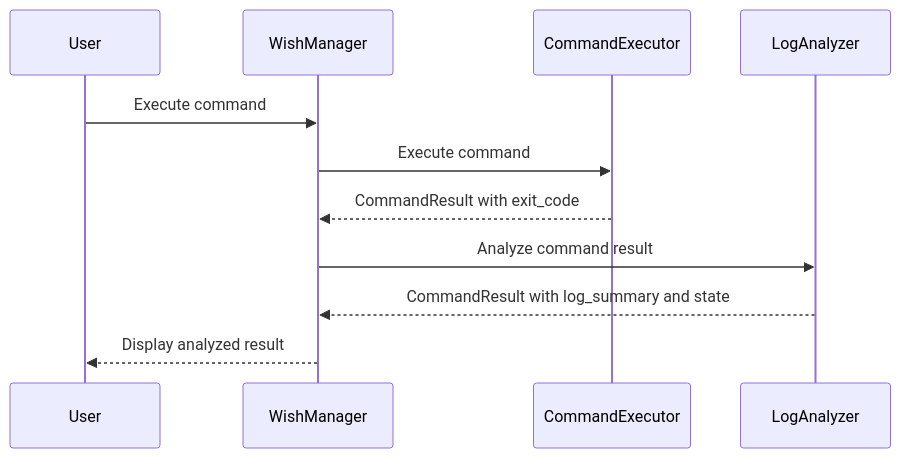
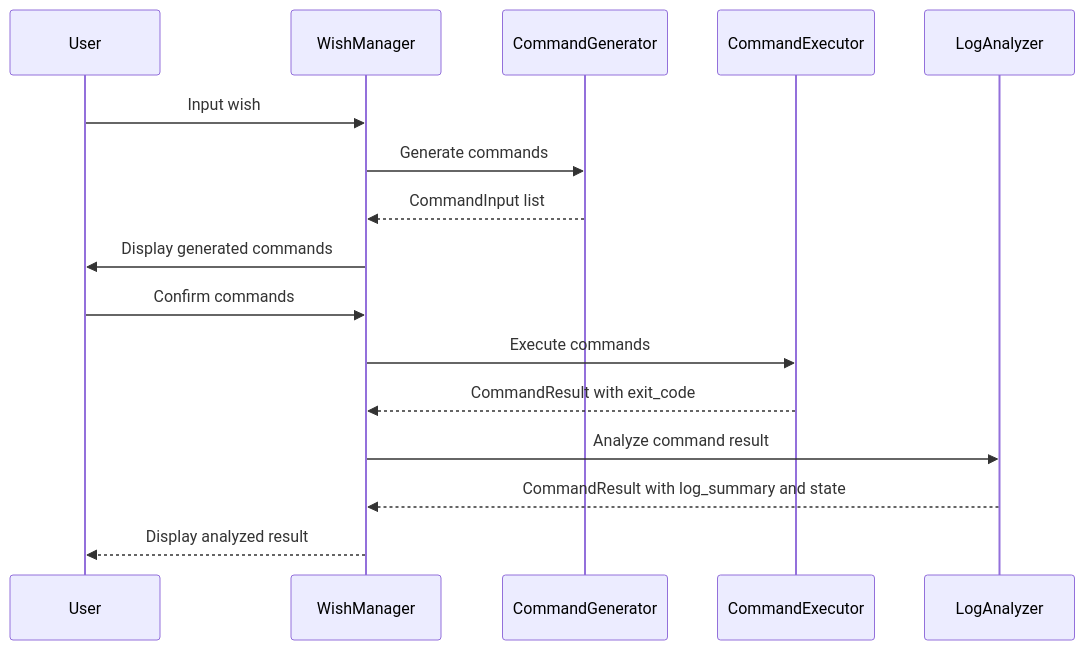
The second of 2 diagrams in docs/design.md (SecDev-Lab/wish), drawn with Mermaid before and after one commit. The commit also changed other lines of this file and 12 other files, not shown here.

````diff
--- a/docs/design.md
+++ b/docs/design.md
@@ -99,14 +135,19 @@
 ```mermaid
 sequenceDiagram
     participant User
     participant WishManager
+    participant CommandGenerator
     participant CommandExecutor
     participant LogAnalyzer
     
-    User->>WishManager: Execute command
-    WishManager->>CommandExecutor: Execute command
+    User->>WishManager: Input wish
+    WishManager->>CommandGenerator: Generate commands
+    CommandGenerator-->>WishManager: CommandInput list
+    WishManager->>User: Display generated commands
+    User->>WishManager: Confirm commands
+    WishManager->>CommandExecutor: Execute commands
     CommandExecutor-->>WishManager: CommandResult with exit_code
     WishManager->>LogAnalyzer: Analyze command result
     LogAnalyzer-->>WishManager: CommandResult with log_summary and state
     WishManager-->>User: Display analyzed result
 ```
````
